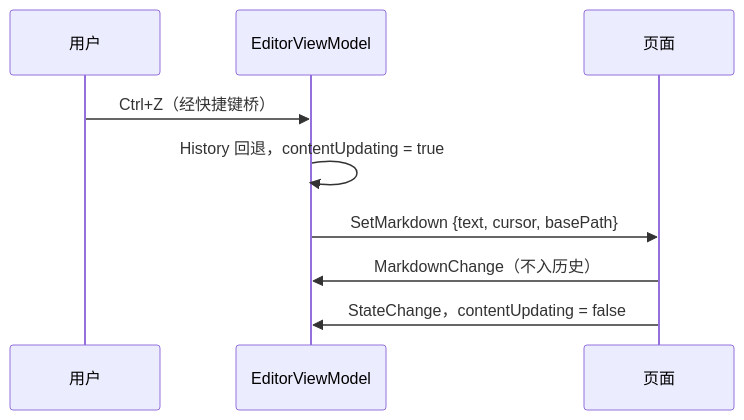
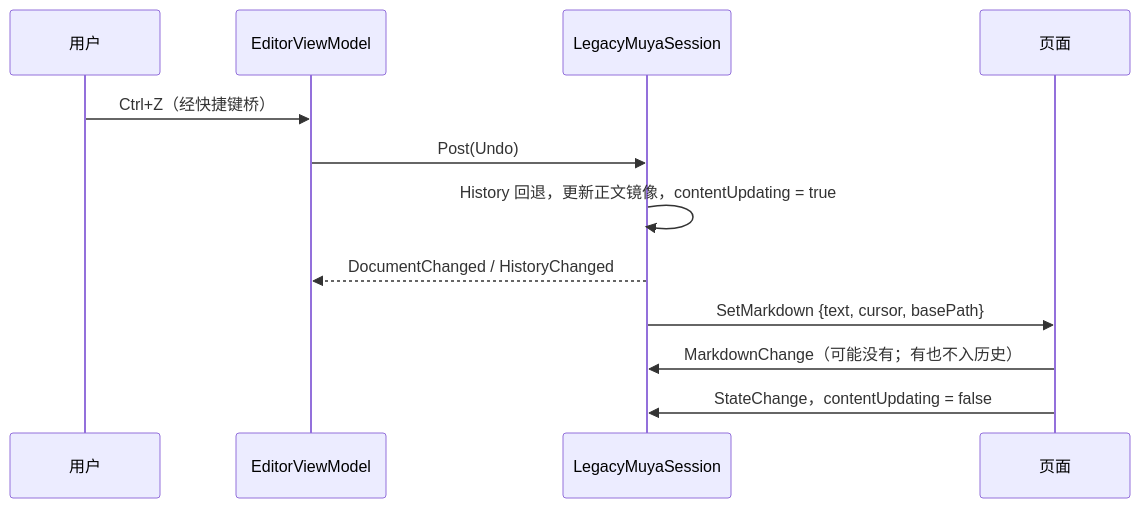
Before and after one commit to awarson2233/Typedown: the sixth of 6 diagrams in docs/architecture.md, drawn with Mermaid. The commit also changed other lines of this file, not shown here.

Commit message:
docs: describe the typed editor session and the legacy Muya adapter

````diff
--- a/docs/architecture.md
+++ b/docs/architecture.md
@@ -195,11 +208,14 @@
 ```mermaid
 sequenceDiagram
     participant U as 用户
     participant E as EditorViewModel
+    participant S as LegacyMuyaSession
     participant P as 页面
     U->>E: Ctrl+Z（经快捷键桥）
-    E->>E: History 回退，contentUpdating = true
-    E->>P: SetMarkdown {text, cursor, basePath}
-    P->>E: MarkdownChange（不入历史）
-    P->>E: StateChange，contentUpdating = false
+    E->>S: Post(Undo)
+    S->>S: History 回退，更新正文镜像，contentUpdating = true
+    S-->>E: DocumentChanged / HistoryChanged
+    S->>P: SetMarkdown {text, cursor, basePath}
+    P->>S: MarkdownChange（可能没有；有也不入历史）
+    P->>S: StateChange，contentUpdating = false
 ```
````
